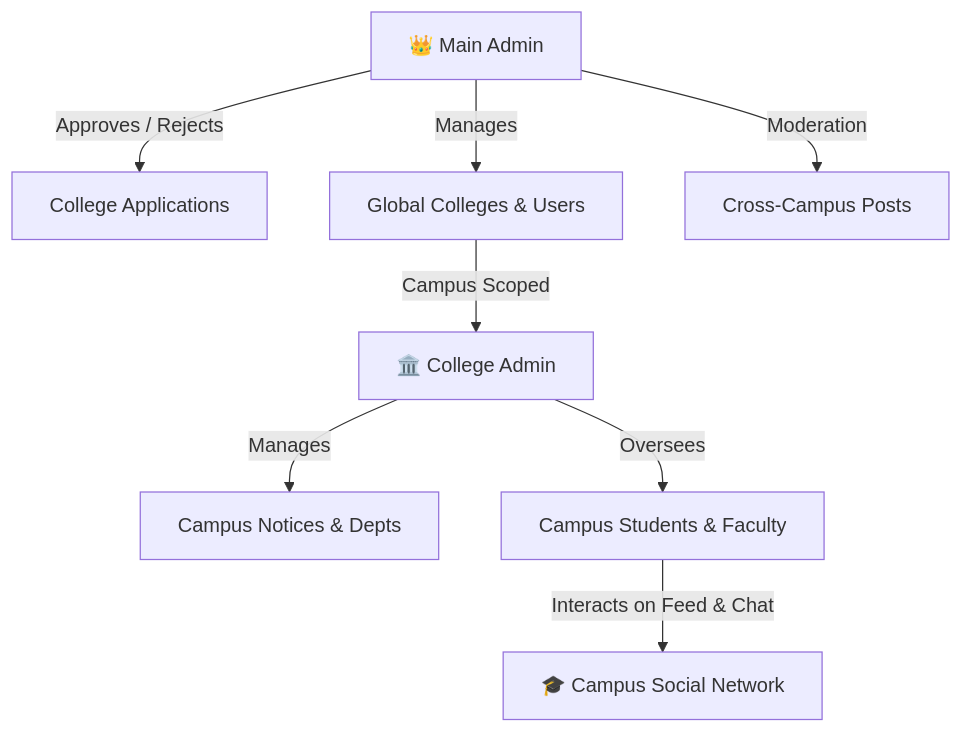
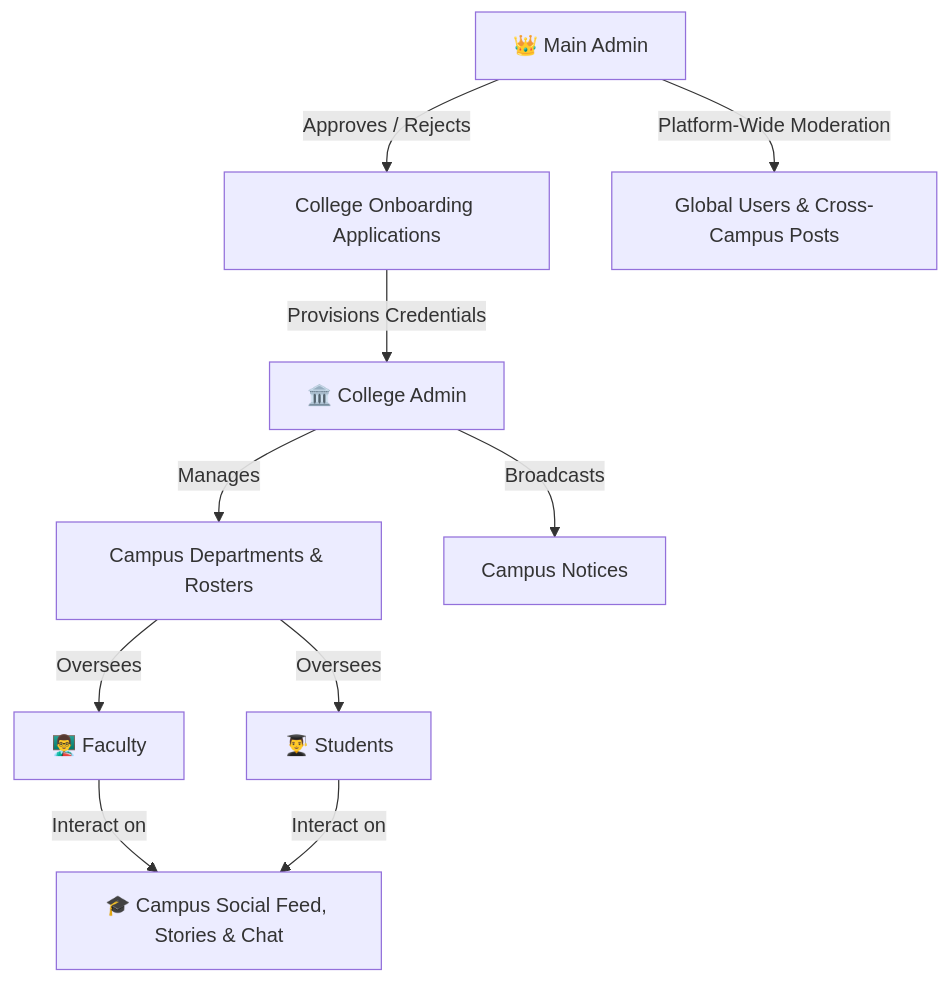
Before and after one commit to sarveshpatil1ui/Swish: the second of 7 diagrams in README.md, drawn with Mermaid. The commit also changed other lines of this file and 23 other files, not shown here.

````diff
--- a/README.md
+++ b/README.md
@@ -155,10 +148,11 @@
 ```mermaid
 graph TD
-    A[👑 Main Admin] -->|Approves / Rejects| B[College Applications]
-    A -->|Manages| C[Global Colleges & Users]
-    A -->|Moderation| D[Cross-Campus Posts]
-    C -->|Campus Scoped| E[🏛️ College Admin]
-    E -->|Manages| F[Campus Notices & Depts]
-    E -->|Oversees| G[Campus Students & Faculty]
-    G -->|Interacts on Feed & Chat| H[🎓 Campus Social Network]
+    A[👑 Main Admin] -->|Approves / Rejects| B[College Onboarding Applications]
+    A -->|Platform-Wide Moderation| C[Global Users & Cross-Campus Posts]
+    B -->|Provisions Credentials| D[🏛️ College Admin]
+    D -->|Manages| E[Campus Departments & Rosters]
+    D -->|Broadcasts| F[Campus Notices]
+    E -->|Oversees| G[👨‍🏫 Faculty]
+    E -->|Oversees| H[👨‍🎓 Students]
+    G & H -->|Interact on| I[🎓 Campus Social Feed, Stories & Chat]
 ```
````
